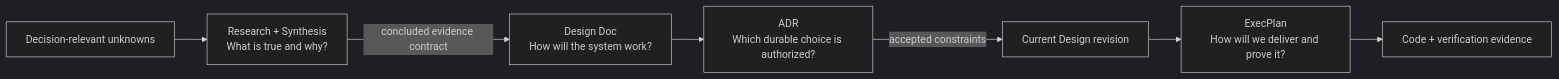
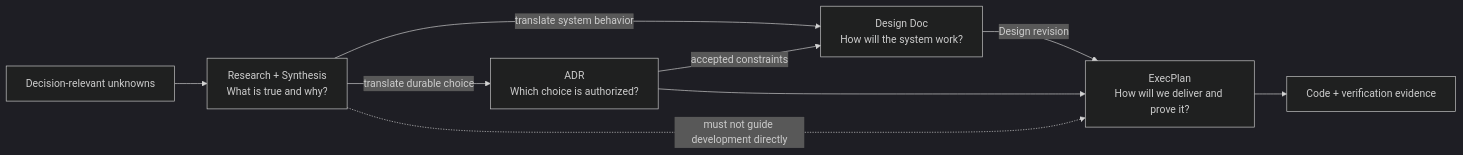
The first of 6 diagrams in docs/design-docs/first-class-technical-design-documents.md (XiaoWeiKIN/RepoFoundryAI), drawn with Mermaid (dark theme) before and after one commit. The commit also changed other lines of this file and 34 other files, not shown here.

````diff
--- a/docs/design-docs/first-class-technical-design-documents.md
+++ b/docs/design-docs/first-class-technical-design-documents.md
@@ -38,9 +38,11 @@
 ```mermaid
 flowchart LR
     Q["Decision-relevant unknowns"] --> R["Research + Synthesis<br/>What is true and why?"]
-    R -->|"concluded evidence contract"| D["Design Doc<br/>How will the system work?"]
-    D --> A["ADR<br/>Which durable choice is authorized?"]
-    A -->|"accepted constraints"| D2["Current Design revision"]
-    D2 --> E["ExecPlan<br/>How will we deliver and prove it?"]
+    R -->|"translate system behavior"| D["Design Doc<br/>How will the system work?"]
+    R -->|"translate durable choice"| A["ADR<br/>Which choice is authorized?"]
+    A -->|"accepted constraints"| D
+    A --> E["ExecPlan<br/>How will we deliver and prove it?"]
+    D -->|"Design revision"| E
+    R -.->|"must not guide development directly"| E
     E --> C["Code + verification evidence"]
 ```
````
